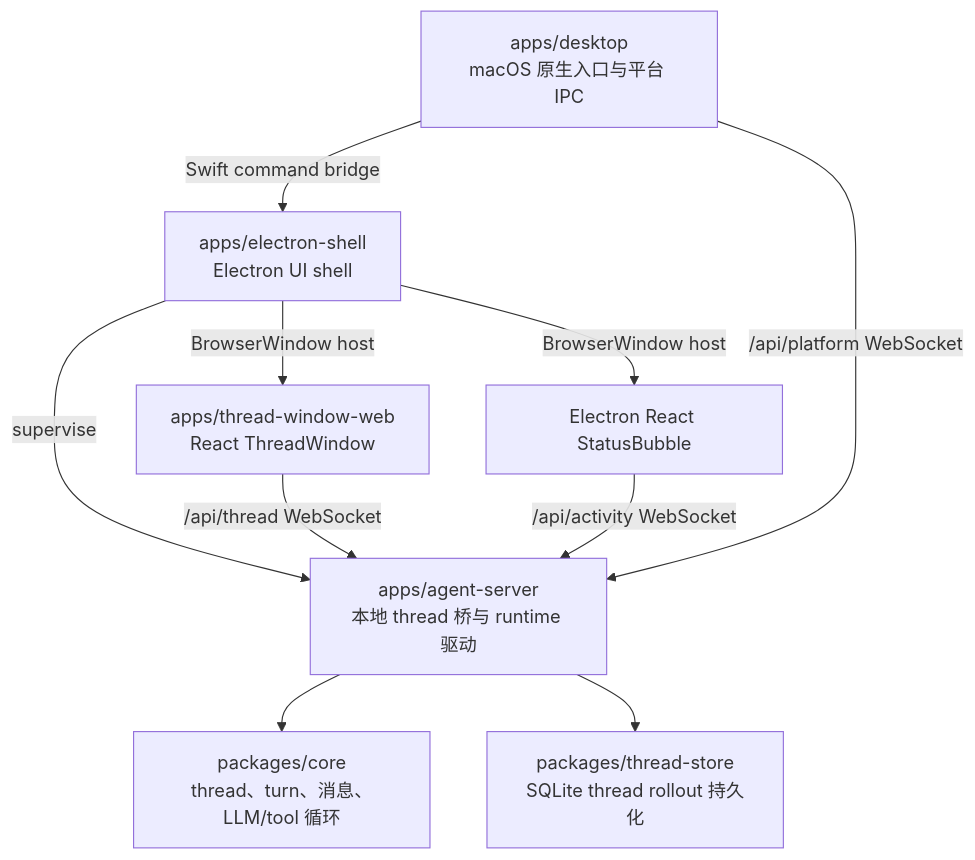
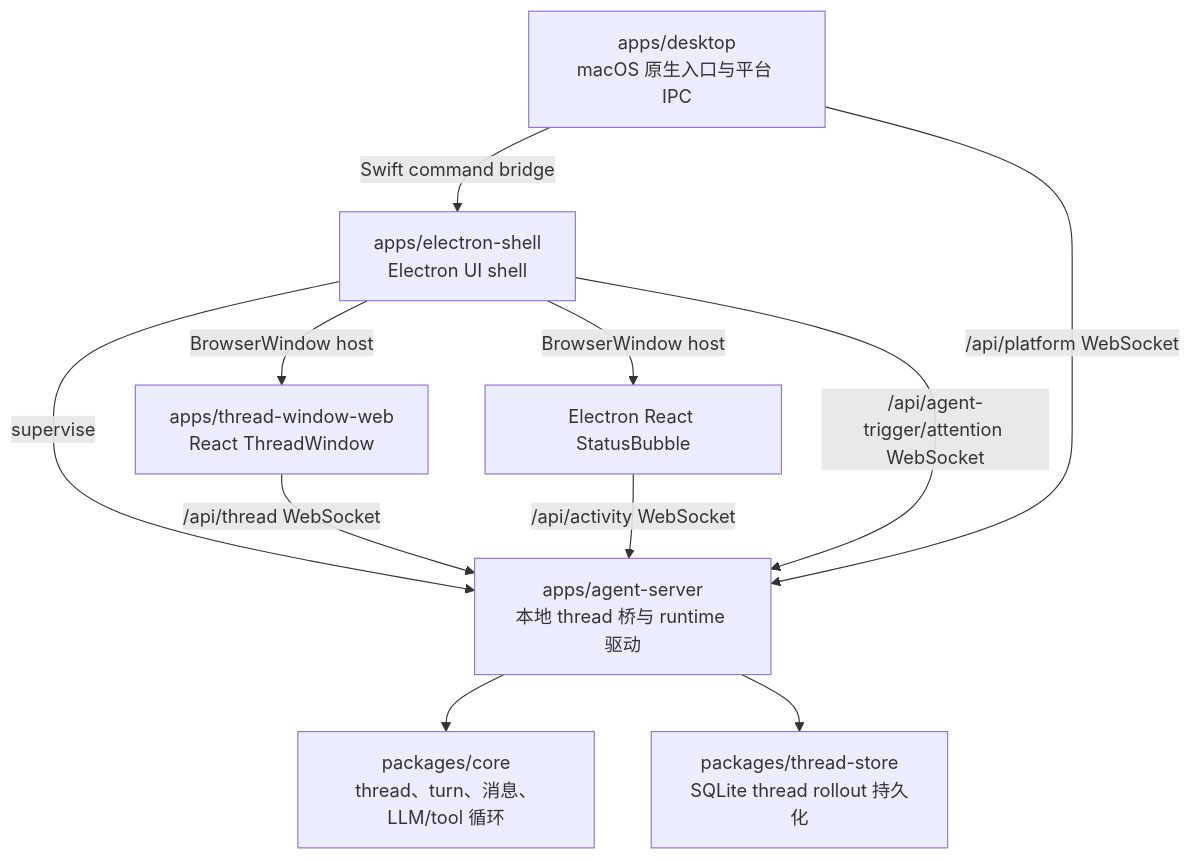
One commit to Lixuhang987/Wisp-Pocket changed the first of 2 diagrams in handAgent.md. Above: the diagram before and after it, drawn with Mermaid. The commit also changed other lines of this file and 7 other files, not shown here.

````diff
--- a/handAgent.md
+++ b/handAgent.md
@@ -5,12 +5,13 @@
 ```mermaid
 flowchart TD
   A[apps/desktop<br/>macOS 原生入口与平台 IPC] -->|Swift command bridge| E[apps/electron-shell<br/>Electron UI shell]
   E -->|BrowserWindow host| W[apps/thread-window-web<br/>React ThreadWindow]
   E -->|BrowserWindow host| S[Electron React StatusBubble]
   E -->|supervise| B[apps/agent-server<br/>本地 thread 桥与 runtime 驱动]
   W -->|/api/thread WebSocket| B
   S -->|/api/activity WebSocket| B
+  E -->|/api/agent-trigger/attention WebSocket| B
   A -->|/api/platform WebSocket| B
   B --> C[packages/core<br/>thread、turn、消息、LLM/tool 循环]
   B --> T[packages/thread-store<br/>SQLite thread rollout 持久化]
 ```
````
